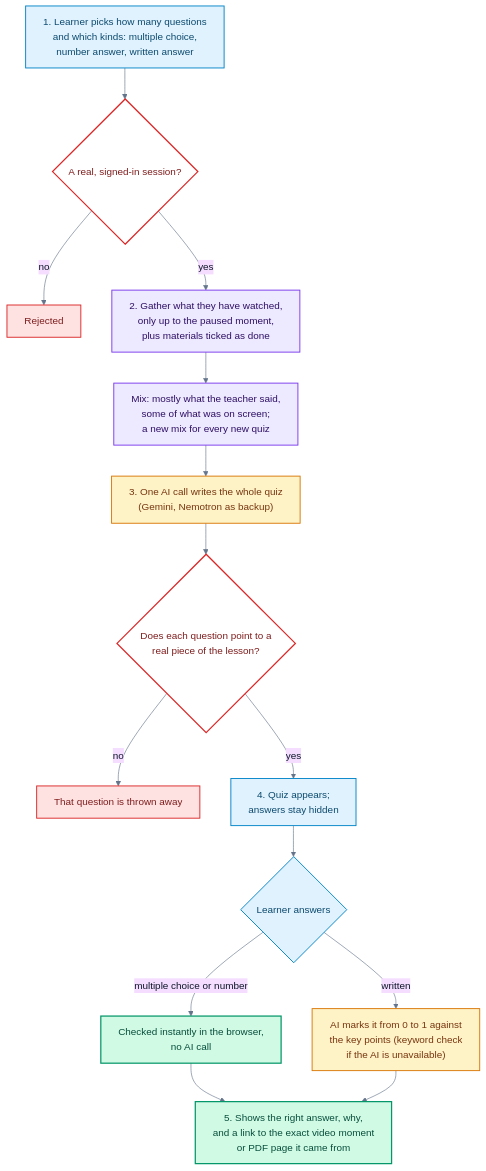
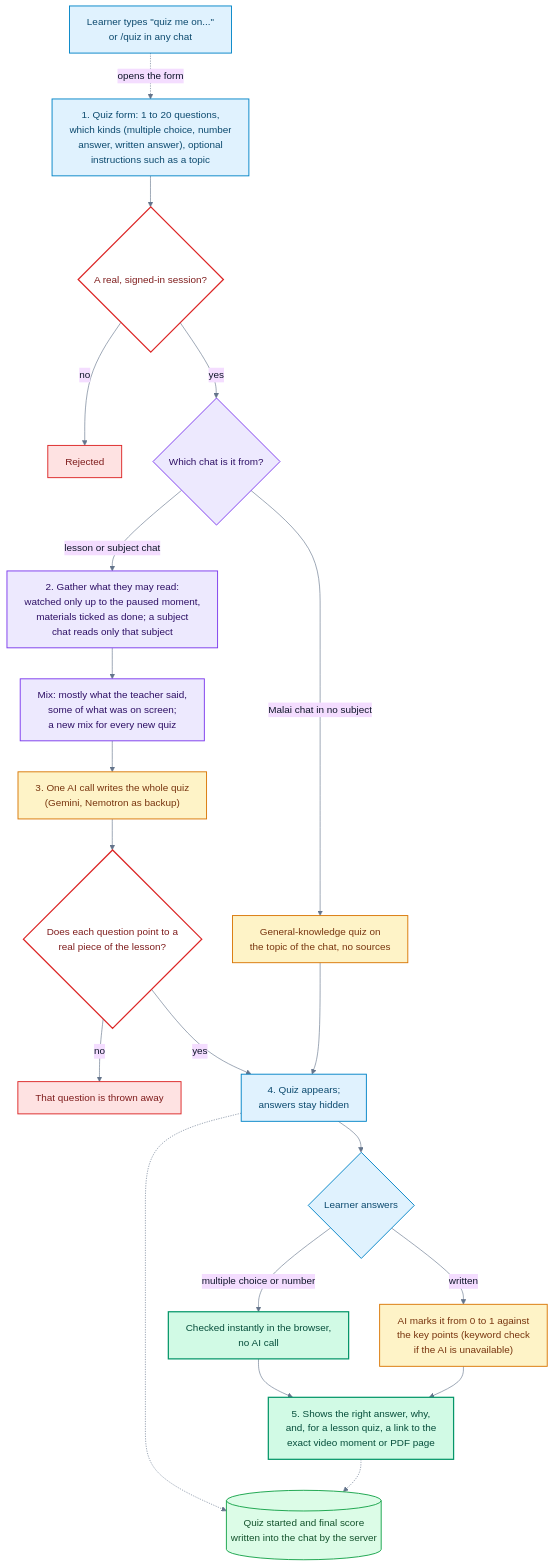
One commit to Nanu69-batman/ailearn changed the diagram in submission/diagrams/src/6-practice-quiz.mmd. Above: the diagram before and after it, drawn with Mermaid. The commit also changed 8 other files, not shown here.

Commit message:
docs(submission): diagrams for chapters, general and streamed answers, quizzes from any chat, the two-window lesson page

```diff
--- a/submission/diagrams/src/6-practice-quiz.mmd
+++ b/submission/diagrams/src/6-practice-quiz.mmd
@@ -1,23 +1,29 @@
 %%{init: {"theme": "base", "fontFamily": "Arial, Helvetica, sans-serif", "themeVariables": {"fontSize": "16px", "fontFamily": "Arial, Helvetica, sans-serif", "lineColor": "#64748b", "primaryTextColor": "#0f172a"}, "flowchart": {"curve": "basis", "padding": 14, "wrappingWidth": 340}}}%%
 flowchart TD
-  L["1. Learner picks how many questions<br/>and which kinds: multiple choice,<br/>number answer, written answer"]:::person --> AUTH{"A real, signed-in session?"}:::check
+  ASK["Learner types &quot;quiz me on...&quot;<br/>or /quiz in any chat"]:::person -.->|"opens the form"| L
+  L["1. Quiz form: 1 to 20 questions,<br/>which kinds (multiple choice, number<br/>answer, written answer), optional<br/>instructions such as a topic"]:::person --> AUTH{"A real, signed-in session?"}:::check
   AUTH -->|"no"| NO["Rejected"]:::stop
-  AUTH -->|"yes"| READ["2. Gather what they have watched,<br/>only up to the paused moment,<br/>plus materials ticked as done"]:::server
+  AUTH -->|"yes"| WHERE{"Which chat is it from?"}:::server
+  WHERE -->|"lesson or subject chat"| READ["2. Gather what they may read:<br/>watched only up to the paused moment,<br/>materials ticked as done; a subject<br/>chat reads only that subject"]:::server
+  WHERE -->|"Malai chat in no subject"| GQ["General-knowledge quiz on<br/>the topic of the chat, no sources"]:::ai
   READ --> BAL["Mix: mostly what the teacher said,<br/>some of what was on screen;<br/>a new mix for every new quiz"]:::server
   BAL --> GEN["3. One AI call writes the whole quiz<br/>(Gemini, Nemotron as backup)"]:::ai
   GEN --> VAL{"Does each question point to a<br/>real piece of the lesson?"}:::check
   VAL -->|"no"| DROP["That question is thrown away"]:::stop
   VAL -->|"yes"| UI["4. Quiz appears;<br/>answers stay hidden"]:::person
+  GQ --> UI
   UI --> T{"Learner answers"}:::person
   T -->|"multiple choice or number"| LOCAL["Checked instantly in the browser,<br/>no AI call"]:::good
   T -->|"written"| GR["AI marks it from 0 to 1 against<br/>the key points (keyword check<br/>if the AI is unavailable)"]:::ai
-  LOCAL --> REV["5. Shows the right answer, why,<br/>and a link to the exact video moment<br/>or PDF page it came from"]:::good
+  LOCAL --> REV["5. Shows the right answer, why,<br/>and, for a lesson quiz, a link to the<br/>exact video moment or PDF page"]:::good
   GR --> REV
+  UI -.-> NOTE[("Quiz started and final score<br/>written into the chat by the server")]:::store
+  REV -.-> NOTE
 
   classDef person fill:#e0f2fe,stroke:#0284c7,color:#0c4a6e,stroke-width:1.5px
   classDef server fill:#ede9fe,stroke:#7c3aed,color:#2e1065,stroke-width:1.5px
   classDef ai fill:#fef3c7,stroke:#d97706,color:#78350f,stroke-width:1.5px
   classDef store fill:#dcfce7,stroke:#16a34a,color:#14532d,stroke-width:1.5px
   classDef check fill:#ffffff,stroke:#dc2626,color:#7f1d1d,stroke-width:2px
   classDef good fill:#d1fae5,stroke:#059669,color:#064e3b,stroke-width:2px
   classDef stop fill:#fee2e2,stroke:#dc2626,color:#7f1d1d,stroke-width:1.5px
```
